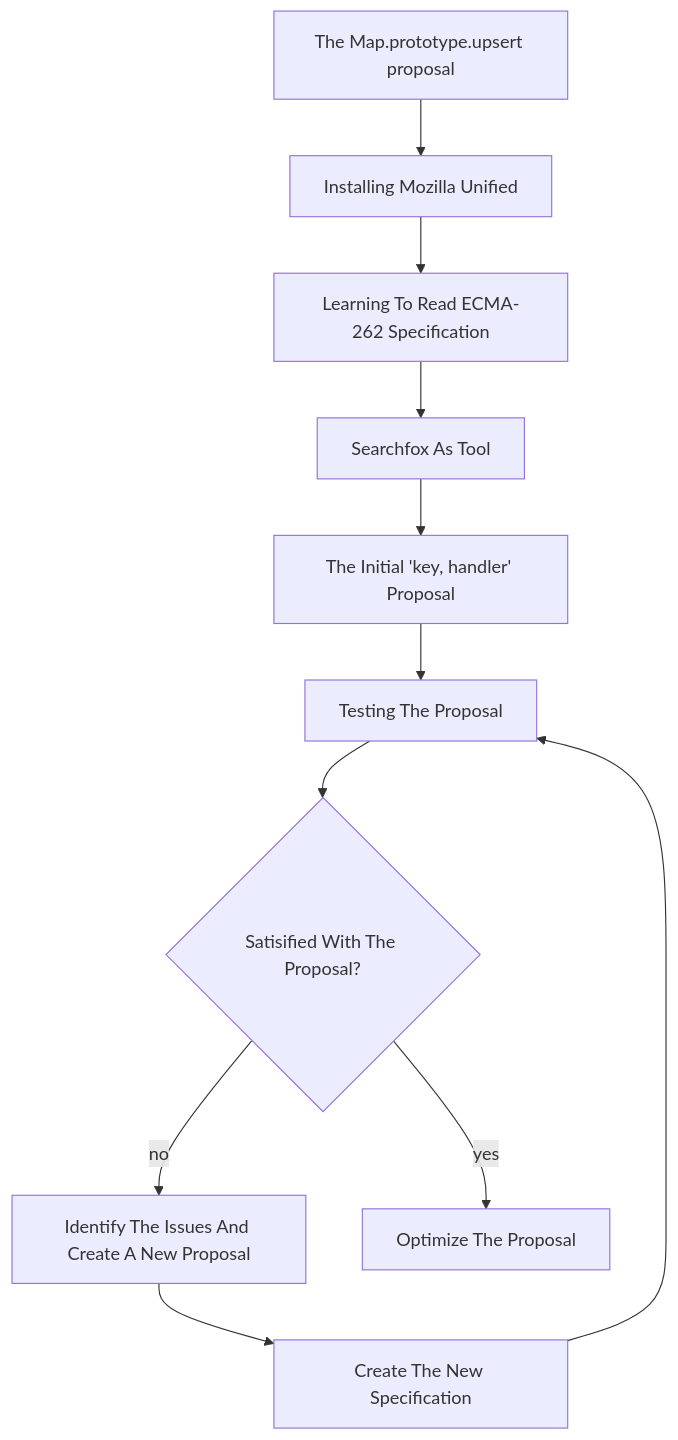
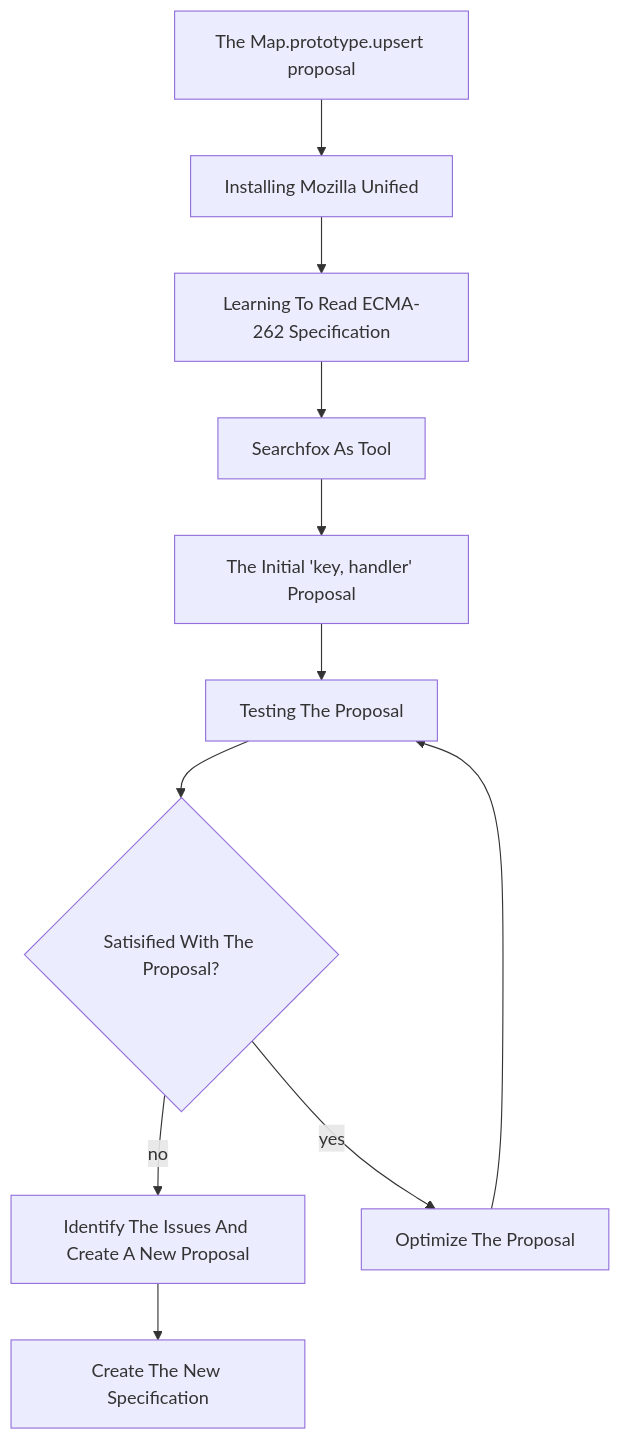
Before and after one commit to bldl/emplace-spidermonkey: the diagram in README.md, drawn with Mermaid.

Commit message:
correction

````diff
--- a/README.md
+++ b/README.md
@@ -20,14 +20,14 @@
 ```mermaid
 flowchart TD
   A[The Map.prototype.upsert proposal] --> B[Installing Mozilla Unified];
   B --> C[Learning To Read ECMA-262 Specification];
   C --> D[Searchfox As Tool];
   D --> E[The Initial 'key, handler' Proposal];
   E --> F[Implement The Proposal];
   F --> G{Satisified With The Proposal?};
   G --> |no| H[Identify The Issues And Create A New Proposal];
   G --> |yes| I[Optimize The Proposal];
   H --> J[Create The New Specification];
-  J --> F[Testing The Proposal];
+  I --> F[Testing The Proposal];
   F;
 ```
````
